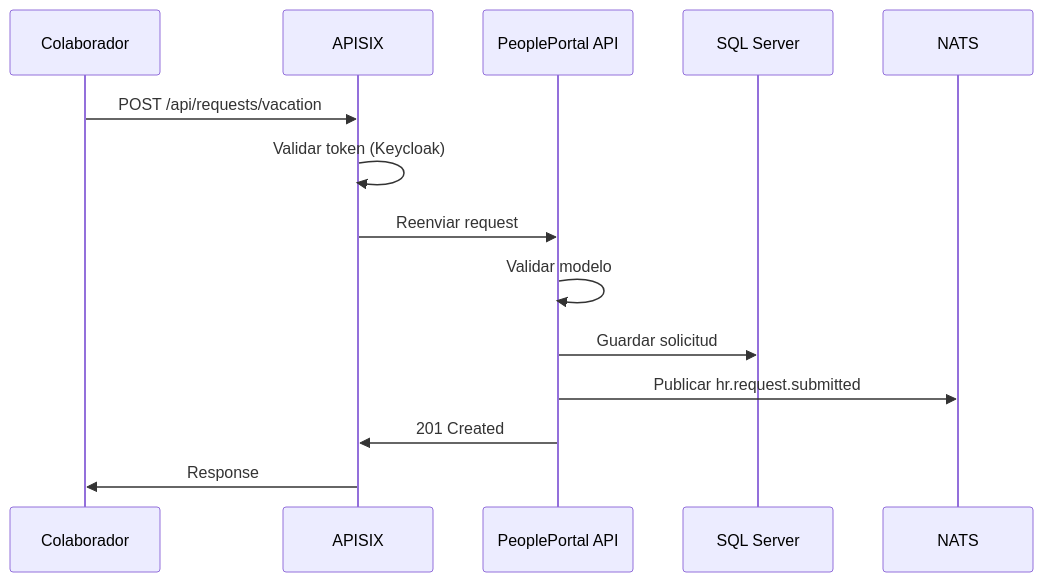
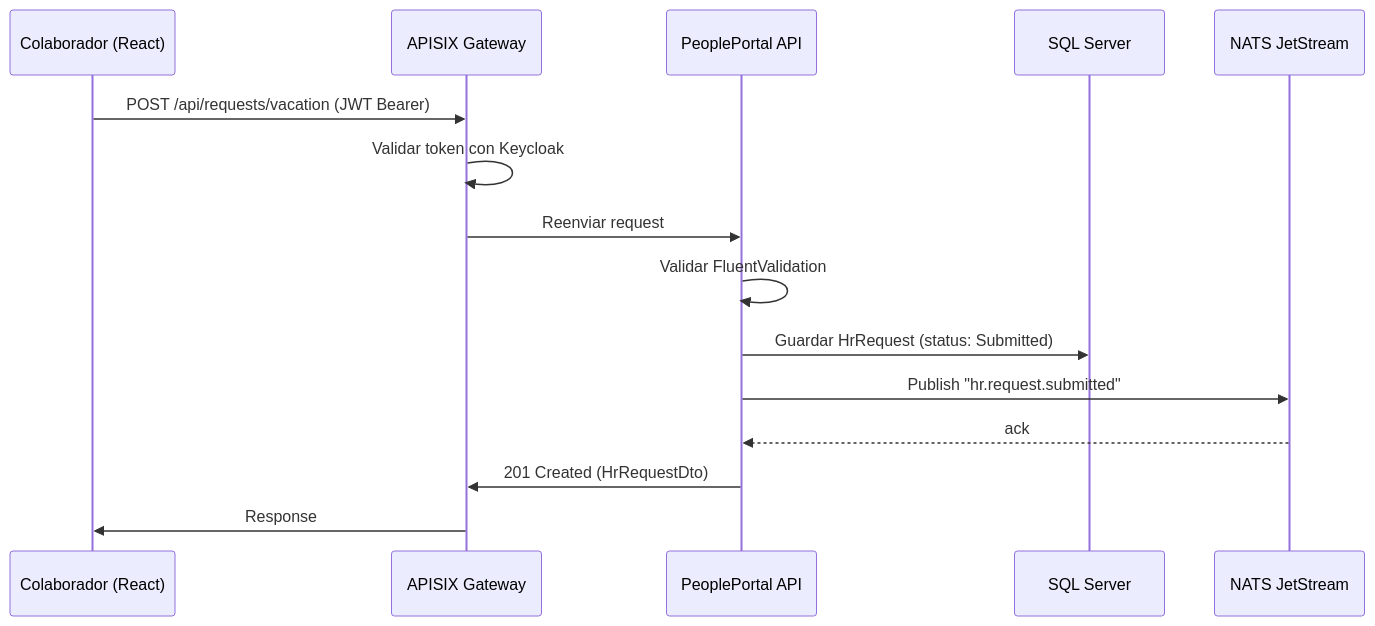
One commit to bryanjosue17/PeoplePortal-BackEnd changed the first of 5 diagrams in docs/flujos.md. Above: the diagram before and after it, drawn with Mermaid. The commit also changed other lines of this file and 7 other files, not shown here.

````diff
--- a/docs/flujos.md
+++ b/docs/flujos.md
@@ -5,17 +5,18 @@
 ```mermaid
 sequenceDiagram
-    participant C as Colaborador
-    participant A as APISIX
+    participant C as Colaborador (React)
+    participant A as APISIX Gateway
     participant API as PeoplePortal API
     participant DB as SQL Server
-    participant N as NATS
-    
-    C->>A: POST /api/requests/vacation
-    A->>A: Validar token (Keycloak)
+    participant N as NATS JetStream
+
+    C->>A: POST /api/requests/vacation (JWT Bearer)
+    A->>A: Validar token con Keycloak
     A->>API: Reenviar request
-    API->>API: Validar modelo
-    API->>DB: Guardar solicitud
-    API->>N: Publicar hr.request.submitted
-    API->>A: 201 Created
+    API->>API: Validar FluentValidation
+    API->>DB: Guardar HrRequest (status: Submitted)
+    API->>N: Publish "hr.request.submitted"
+    N-->>API: ack
+    API->>A: 201 Created (HrRequestDto)
     A->>C: Response
 ```
````
